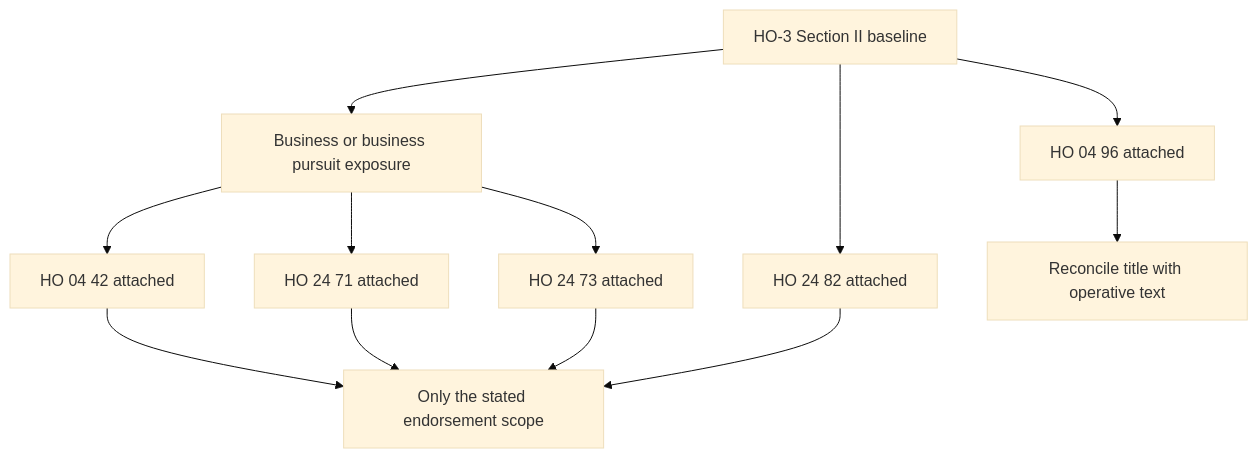
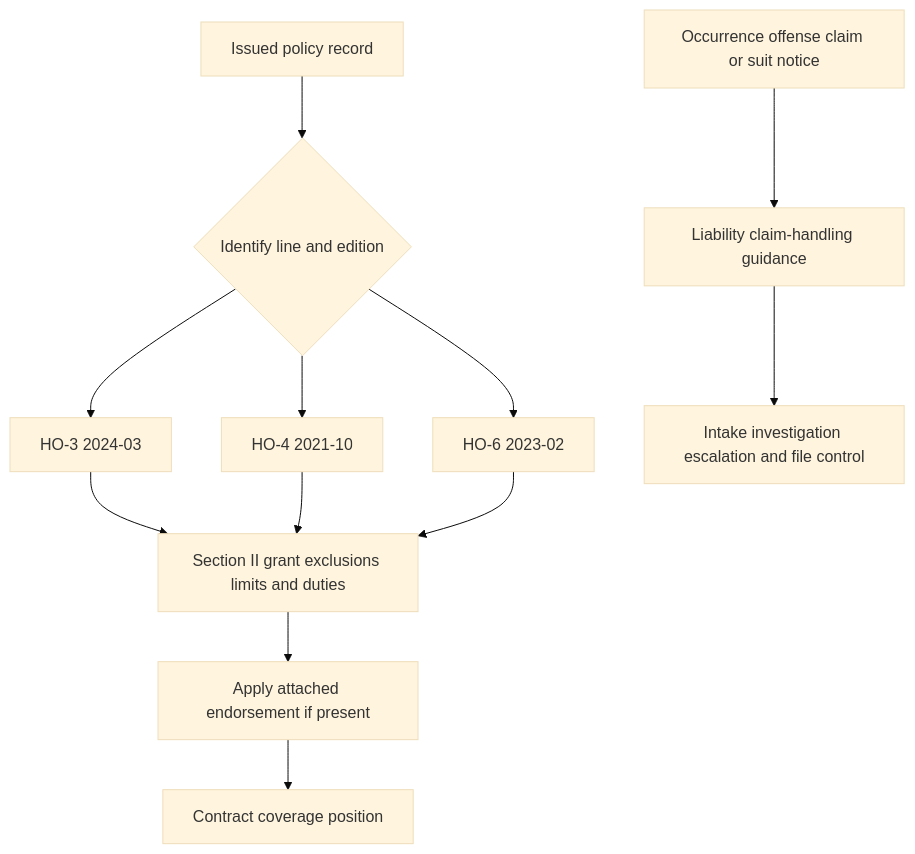
Before and after one commit to eugeneliu-86/openwiki-insurance-corpus: the diagram in openwiki/coverage/liability/incidental-business-and-personal-injury.md, drawn with Mermaid (base theme). The commit also changed other lines of this file and 75 other files, not shown here.

````diff
--- a/openwiki/coverage/liability/incidental-business-and-personal-injury.md
+++ b/openwiki/coverage/liability/incidental-business-and-personal-injury.md
@@ -35,21 +43,14 @@
 ```mermaid
 flowchart TD
-  Base["HO-3 Section II baseline"]
-  Business["Business or business pursuit exposure"]
-  Incidental["HO 04 42 attached"]
-  Pursuit["HO 24 71 attached"]
-  Farm["HO 24 73 attached"]
-  Personal["HO 24 82 attached"]
-  NoSection["HO 04 96 attached"]
-  Base --> Business
-  Business --> Incidental
-  Business --> Pursuit
-  Business --> Farm
-  Base --> Personal
-  Base --> NoSection
-  Incidental --> Covered["Only the stated endorsement scope"]
-  Pursuit --> Covered
-  Farm --> Covered
-  Personal --> Covered
-  NoSection --> Verify["Reconcile title with operative text"]
+  Policy["Issued policy record"] --> Edition{"Identify line and edition"}
+  Edition --> H3["HO-3 2024-03"]
+  Edition --> H4["HO-4 2021-10"]
+  Edition --> H6["HO-6 2023-02"]
+  H3 --> Grant["Section II grant exclusions limits and duties"]
+  H4 --> Grant
+  H6 --> Grant
+  Grant --> Attached["Apply attached endorsement if present"]
+  Attached --> Contract["Contract coverage position"]
+  Notice["Occurrence offense claim or suit notice"] --> Handling["Liability claim-handling guidance"]
+  Handling --> File["Intake investigation escalation and file control"]
 ```
````
